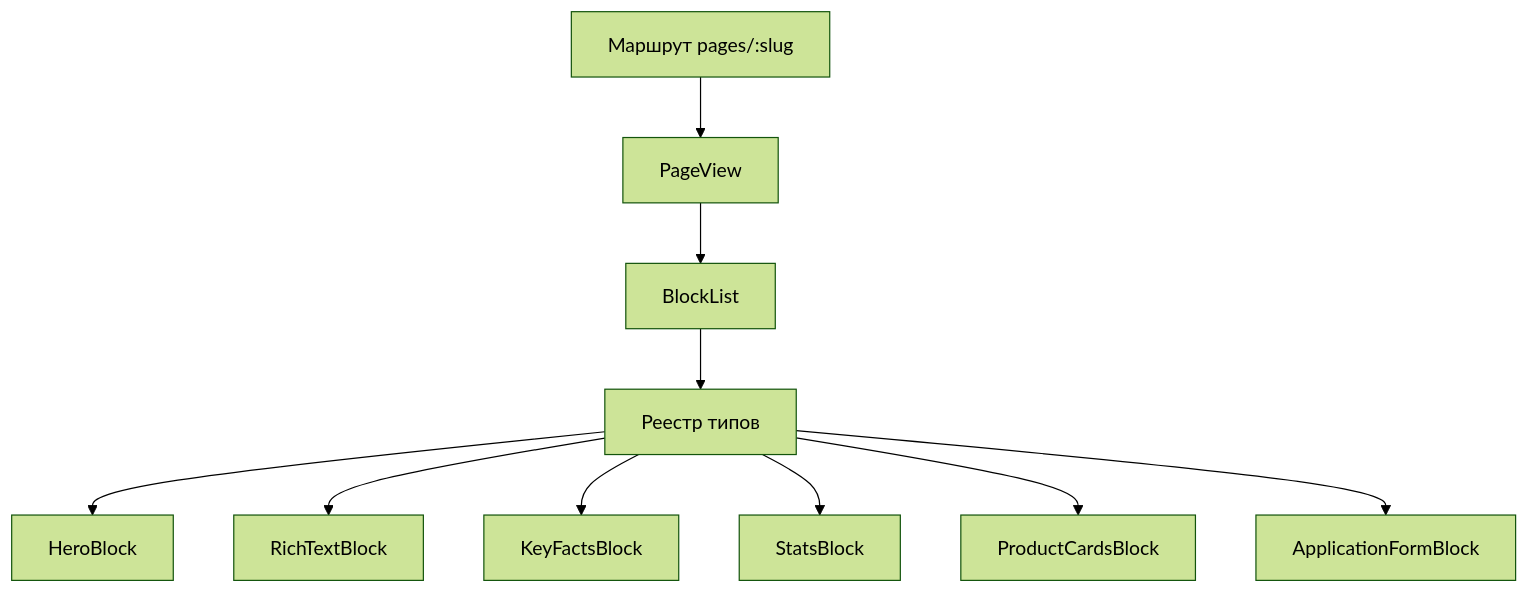
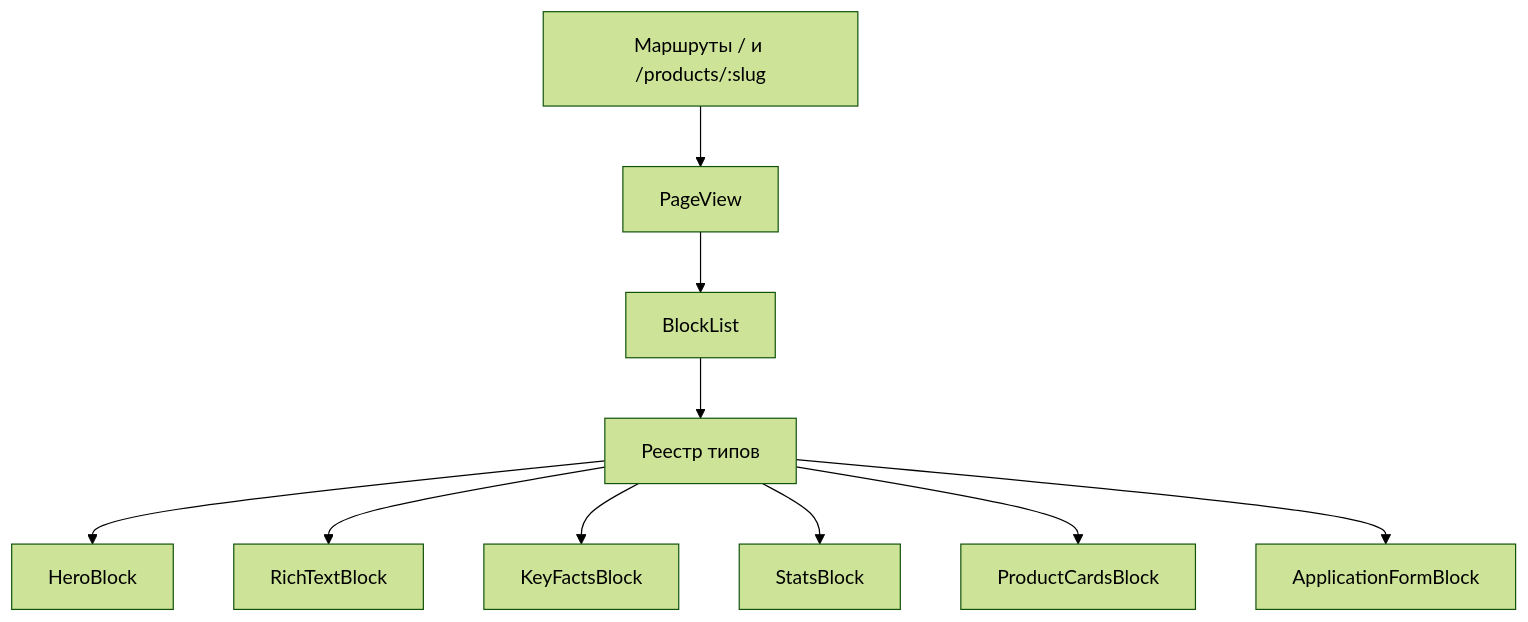
The third of 3 diagrams in docs/DESIGN.md (EgorSasim/bank-product-pages), drawn with Mermaid (forest theme) before and after one commit. The commit also changed other lines of this file, not shown here.

Commit message:
docs: separate the home URL from product URLs

````diff
--- a/docs/DESIGN.md
+++ b/docs/DESIGN.md
@@ -180,23 +180,23 @@
 ```mermaid
 flowchart TB
-  router[Маршрут pages/:slug]
+  router["Маршруты / и /products/:slug"]
   view[PageView]
   list[BlockList]
   registry[Реестр типов]
   hero[HeroBlock]
   text[RichTextBlock]
   facts[KeyFactsBlock]
   stats[StatsBlock]
   cards[ProductCardsBlock]
   form[ApplicationFormBlock]
 
   router --> view
   view --> list
   list --> registry
   registry --> hero
   registry --> text
   registry --> facts
   registry --> stats
   registry --> cards
   registry --> form
 ```
````
